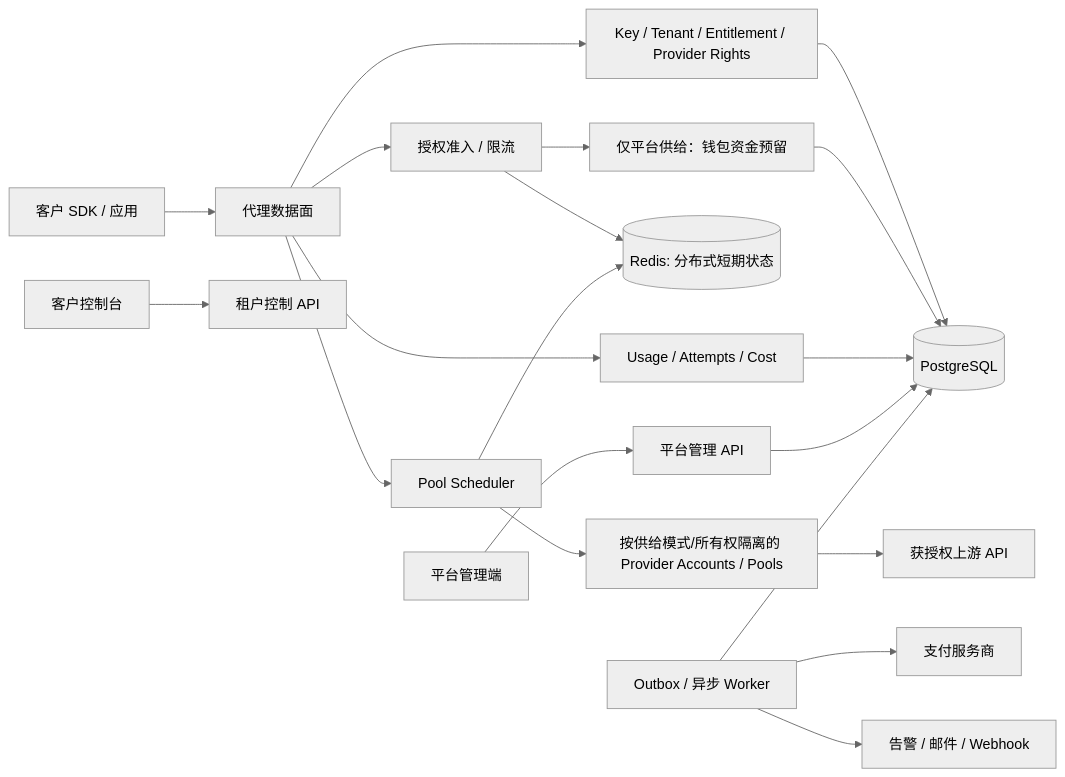
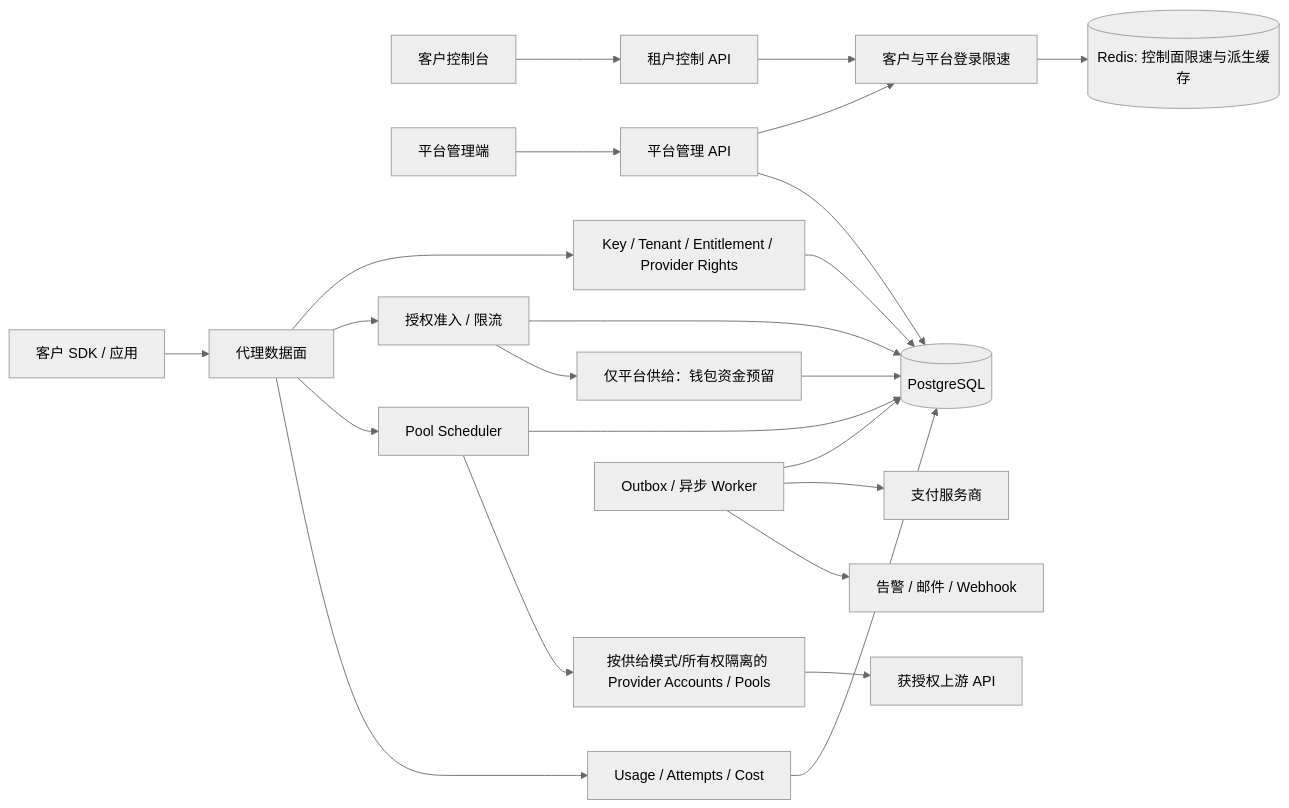
The first of 2 diagrams in docs/sub2api-commercialization-integration-plan.md (elex-fu/model-router), drawn with Mermaid (neutral theme) before and after one commit. The commit also changed other lines of this file and 2 other files, not shown here.

```diff
--- a/docs/sub2api-commercialization-integration-plan.md
+++ b/docs/sub2api-commercialization-integration-plan.md
@@ -110,22 +132,25 @@
 ~~~mermaid
 flowchart LR
   Client[客户 SDK / 应用] --> Gateway[代理数据面]
   Console[客户控制台] --> Control[租户控制 API]
   Admin[平台管理端] --> AdminAPI[平台管理 API]
   Gateway --> Authz[Key / Tenant / Entitlement / Provider Rights]
   Authz --> PG[(PostgreSQL)]
   Gateway --> Admission[授权准入 / 限流]
-  Admission --> Redis[(Redis: 分布式短期状态)]
+  Admission --> PG
+  Control --> AuthRate[客户与平台登录限速]
+  AdminAPI --> AuthRate
+  AuthRate --> Redis[(Redis: 控制面限速与派生缓存)]
   Admission --> Ledger[仅平台供给：钱包资金预留]
   Ledger --> PG
   Gateway --> Scheduler[Pool Scheduler]
-  Scheduler --> Redis
+  Scheduler --> PG
   Scheduler --> Accounts[Provider Accounts / Pools]
   Accounts[按供给模式/所有权隔离的 Provider Accounts / Pools] --> Upstreams[获授权上游 API]
   Gateway --> Meter[Usage / Attempts / Cost]
   Meter --> PG
   AdminAPI --> PG
   Worker[Outbox / 异步 Worker] --> PG
   Worker --> PSP[支付服务商]
   Worker --> Alerts[告警 / 邮件 / Webhook]
 ~~~
```
